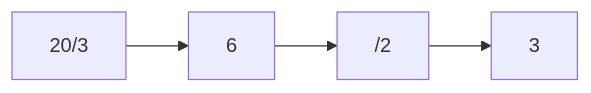
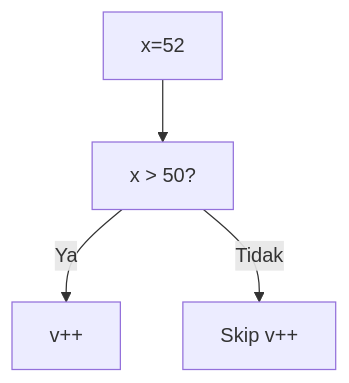
Before and after one commit to amnahwaida/OSNK_INF_PREP: diagram 12 of 25 in part-c-pemahaman-cpp/02-percabangan/latihan/set-05.md, drawn with Mermaid. The commit also changed other lines of this file and 71 other files, not shown here.

````diff
--- a/part-c-pemahaman-cpp/02-percabangan/latihan/set-05.md
+++ b/part-c-pemahaman-cpp/02-percabangan/latihan/set-05.md
@@ -368,6 +332,6 @@
 ```mermaid
-graph LR
-A["20/3"] --> B["6"]
-B --> C["/2"]
-C --> D["3"]
+graph TD
+A["x=52"] --> B["x > 50?"]
+B -- Ya --> C["v++"]
+B -- Tidak --> D["Skip v++"]
 ```
````
